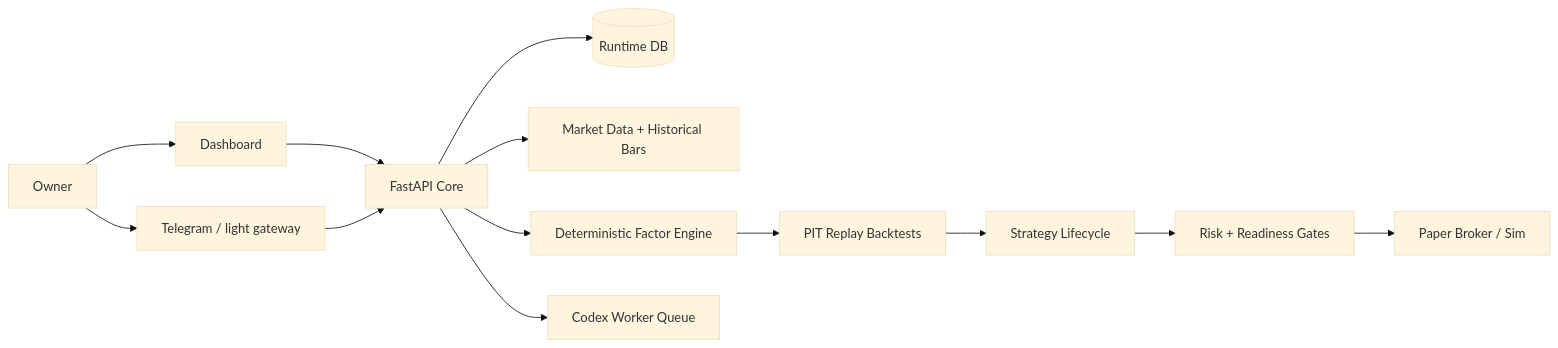
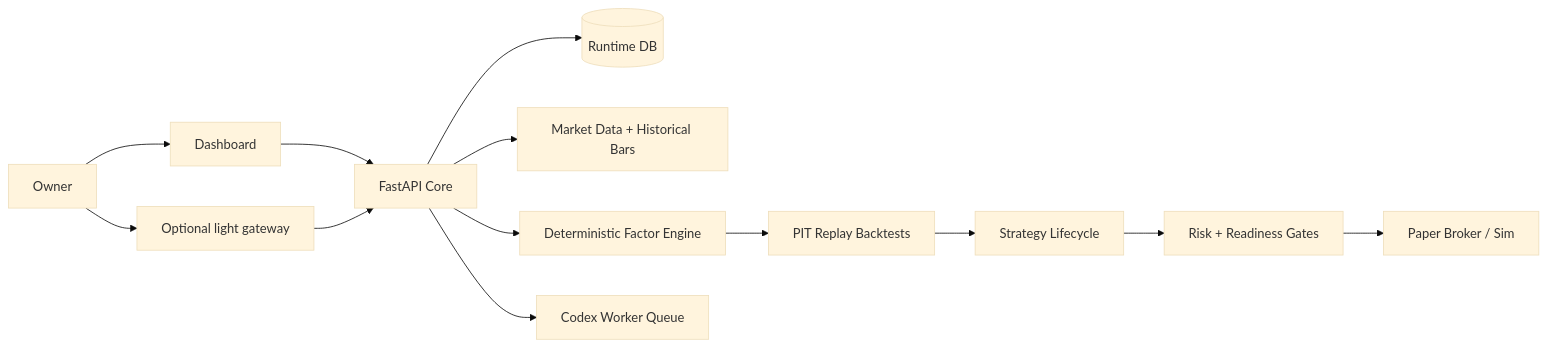
The diagram in README.zh-CN.md (zhoucehuang-arch/evoq), drawn with Mermaid (base theme) before and after one commit. The commit also changed other lines of this file and 122 other files, not shown here.

````diff
--- a/README.zh-CN.md
+++ b/README.zh-CN.md
@@ -152,15 +168,15 @@
 ```mermaid
 flowchart LR
   Owner[Owner] --> Dashboard[Dashboard]
-  Owner --> Telegram[Telegram / light gateway]
+  Owner --> Gateway[Optional light gateway]
   Dashboard --> API[FastAPI Core]
-  Telegram --> API
+  Gateway --> API
   API --> DB[(Runtime DB)]
   API --> Data[Market Data + Historical Bars]
   API --> Factors[Deterministic Factor Engine]
   Factors --> Backtests[PIT Replay Backtests]
   Backtests --> Strategy[Strategy Lifecycle]
   Strategy --> Risk[Risk + Readiness Gates]
   Risk --> Paper[Paper Broker / Sim]
   API --> Codex[Codex Worker Queue]
 ```
````
